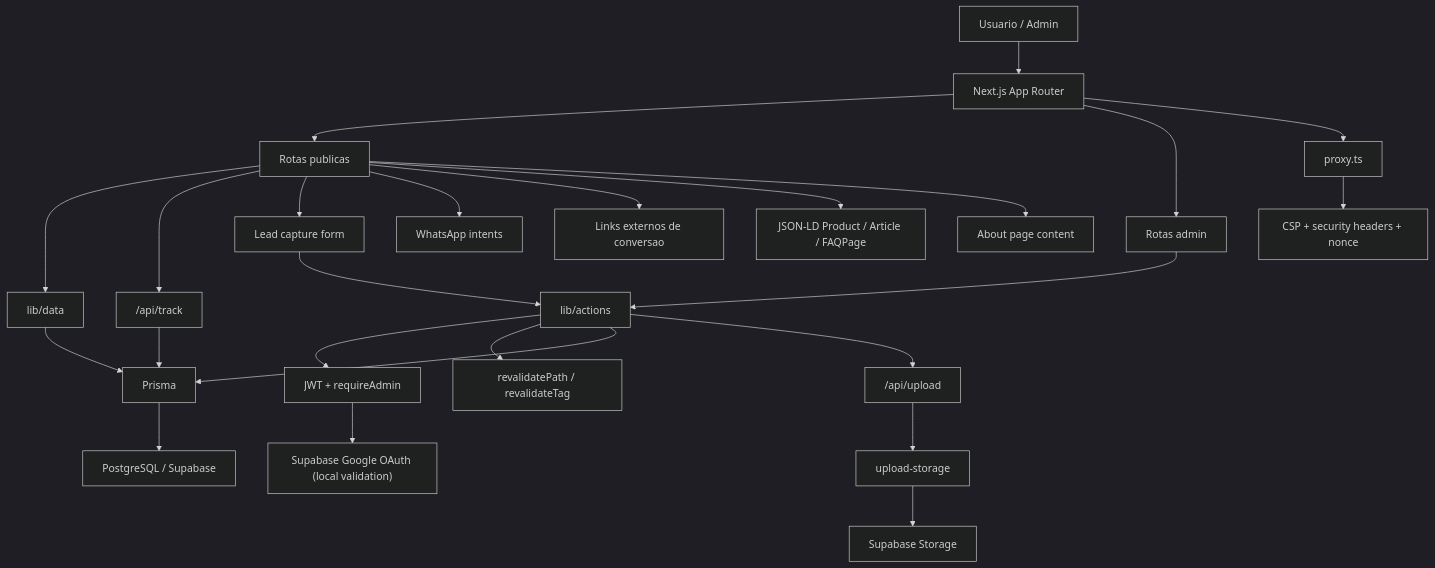
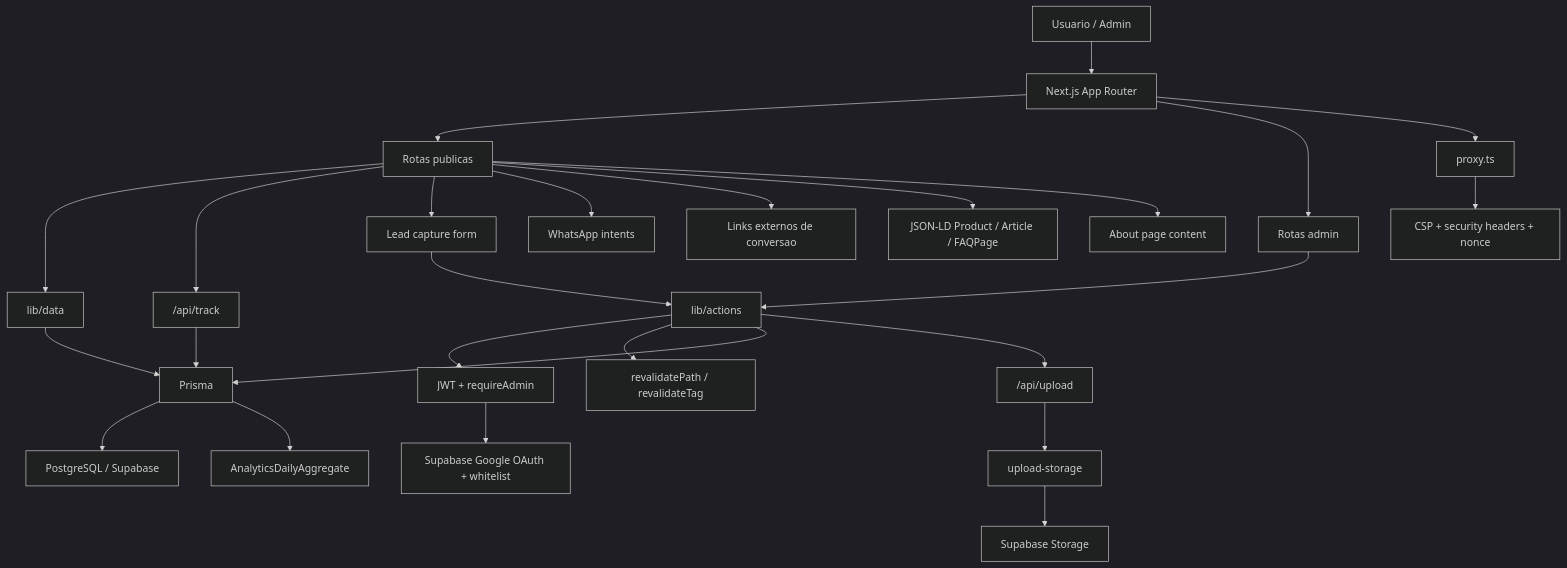
The diagram in docs/ARCHITECTURE.md (Jampras/Eliane-Marques), drawn with Mermaid (dark theme) before and after one commit. The commit also changed other lines of this file and 5 other files, not shown here.

Commit message:
docs: align auth and analytics documentation

````diff
--- a/docs/ARCHITECTURE.md
+++ b/docs/ARCHITECTURE.md
@@ -13,27 +13,28 @@
 ```mermaid
 flowchart TD
     U["Usuario / Admin"] --> APP["Next.js App Router"]
     APP --> PUB["Rotas publicas"]
     APP --> ADM["Rotas admin"]
     APP --> PROXY["proxy.ts"]
     PROXY --> SEC["CSP + security headers + nonce"]
     PUB --> DATA["lib/data"]
     ADM --> ACT["lib/actions"]
     ACT --> AUTH["JWT + requireAdmin"]
-    AUTH --> OAUTH["Supabase Google OAuth (local validation)"]
+    AUTH --> OAUTH["Supabase Google OAuth + whitelist"]
     ACT --> CACHE["revalidatePath / revalidateTag"]
     DATA --> PRISMA["Prisma"]
     ACT --> PRISMA
     PRISMA --> DB["PostgreSQL / Supabase"]
     PUB --> TRACK["/api/track"]
     TRACK --> PRISMA
+    PRISMA --> AGG["AnalyticsDailyAggregate"]
     PUB --> LEAD["Lead capture form"]
     LEAD --> ACT
     ACT --> UP["/api/upload"]
     UP --> STORAGE["upload-storage"]
     STORAGE --> SUPA["Supabase Storage"]
     PUB --> WA["WhatsApp intents"]
     PUB --> EXT["Links externos de conversao"]
     PUB --> SEO["JSON-LD Product / Article / FAQPage"]
     PUB --> ABOUT["About page content"]
 ```
````
